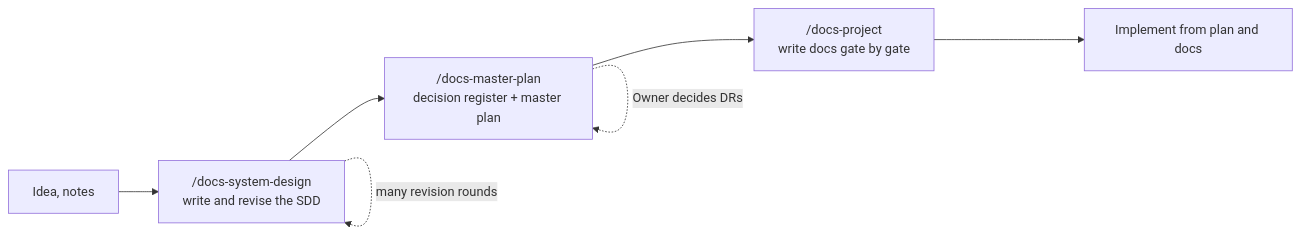
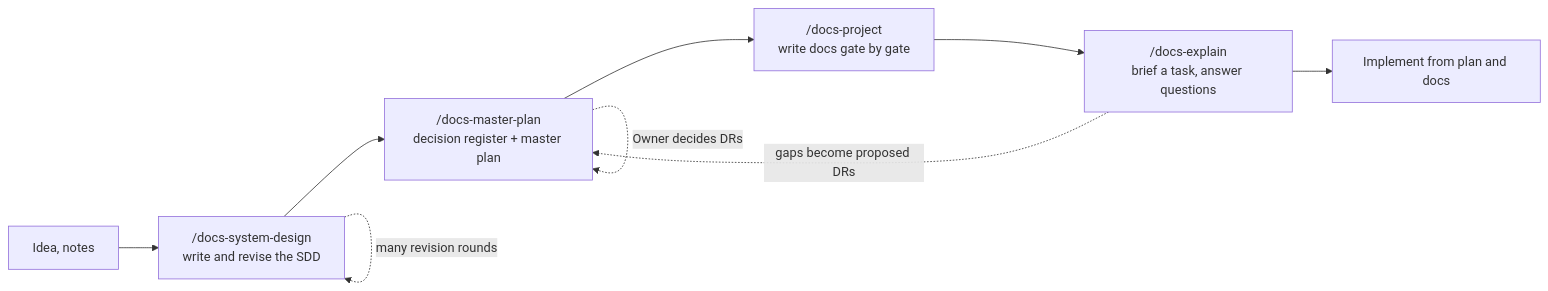
One commit to ninggiangboy/design-docs-skills changed the diagram in README.md. Above: the diagram before and after it, drawn with Mermaid. The commit also changed other lines of this file and 22 other files, not shown here.

First line of the commit message:
feat: add the docs-explain skill for developers starting a task

````diff
--- a/README.md
+++ b/README.md
@@ -5,9 +5,11 @@
 ```mermaid
 flowchart LR
     I["Idea, notes"] --> S["/docs-system-design<br/>write and revise the SDD"]
     S --> P["/docs-master-plan<br/>decision register + master plan"]
     P --> D["/docs-project<br/>write docs gate by gate"]
-    D --> C["Implement from plan and docs"]
+    D --> E["/docs-explain<br/>brief a task, answer questions"]
+    E --> C["Implement from plan and docs"]
+    E -. "gaps become proposed DRs" .-> P
     S -. "many revision rounds" .-> S
     P -. "Owner decides DRs" .-> P
 ```
````
